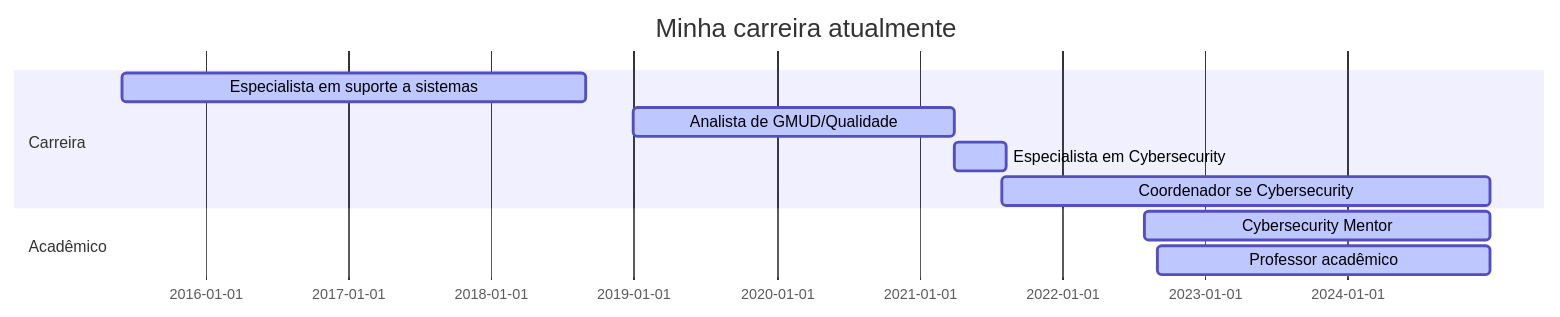
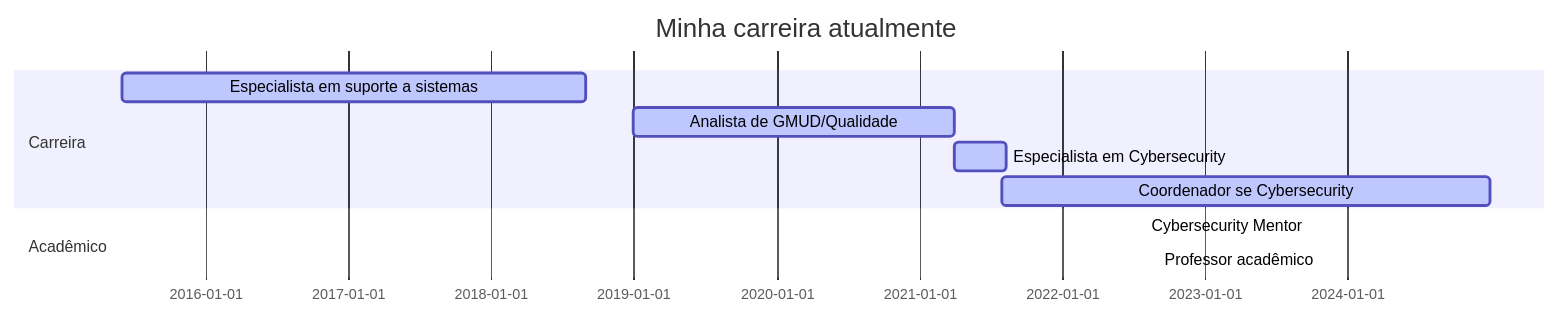
The diagram in README.md (Ridd1kulusC0d3r/Ridd1kulusC0d3r), drawn with Mermaid before and after one commit.

````diff
--- a/README.md
+++ b/README.md
@@ -8,16 +8,16 @@
 ```mermaid
 
 gantt
 dateFormat  YYYY-MM-DD
 title Minha carreira atualmente
 
 section Carreira
 Especialista em suporte a sistemas       :active,, 2015-06-01,2018-09-01
 Analista de GMUD/Qualidade          :active,, 2019-01-01,2021-04-01
 Especialista em Cybersecurity         :active,, 2021-04-01,2021-08-10
 Coordenador se Cybersecurity                :active,, 2021-08-01,2024-12-31
 
 section Acadêmico
-Cybersecurity Mentor :active,, 2022-08-01,2024-12-31
-Professor acadêmico              :active,, 2022-09-01,2024-12-31
+Cybersecurity Mentor :active,, 2022-08-01,2024-06-31
+Professor acadêmico              :active,, 2022-09-01,2024-06-31
 ```
````
